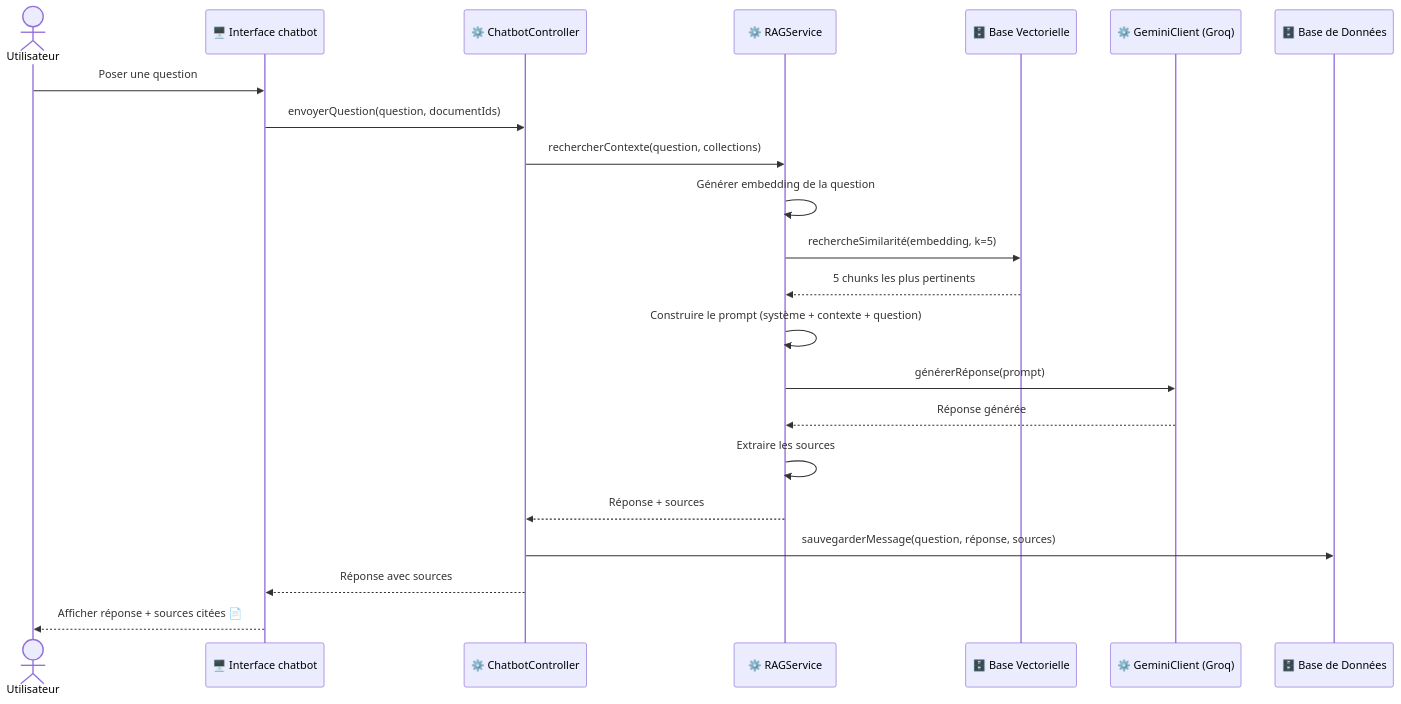
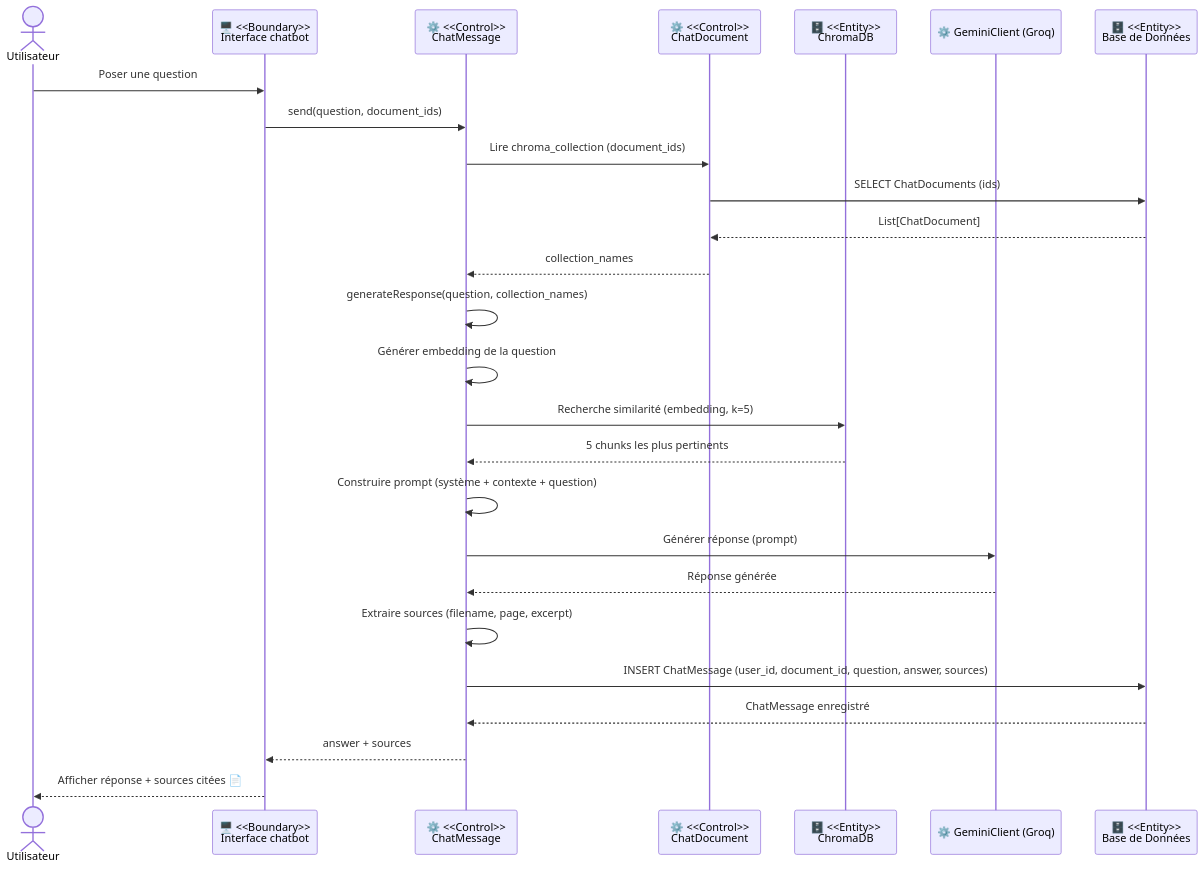
One commit to Jkacem/smart_focus changed diagram 12 of 20 in docs/Conception_DiagrammeSequence.md. Above: the diagram before and after it, drawn with Mermaid. The commit also changed other lines of this file and 31 other files, not shown here.

````diff
--- a/docs/Conception_DiagrammeSequence.md
+++ b/docs/Conception_DiagrammeSequence.md
@@ -290,28 +405,31 @@
 ```mermaid
 sequenceDiagram
     actor Utilisateur
-    participant B as 🖥️ Interface chatbot
-    participant C as ⚙️ ChatbotController
-    participant RAG as ⚙️ RAGService
-    participant EV as 🗄️ Base Vectorielle
+    participant B  as 🖥️ <<Boundary>><br/>Interface chatbot
+    participant CM as ⚙️ <<Control>><br/>ChatMessage
+    participant CD as ⚙️ <<Control>><br/>ChatDocument
+    participant EV as 🗄️ <<Entity>><br/>ChromaDB
     participant LLM as ⚙️ GeminiClient (Groq)
-    participant E as 🗄️ Base de Données
+    participant E  as 🗄️ <<Entity>><br/>Base de Données
 
     Utilisateur->>B: Poser une question
-    B->>C: envoyerQuestion(question, documentIds)
-    C->>RAG: rechercherContexte(question, collections)
+    B->>CM: send(question, document_ids)
+    CM->>CD: Lire chroma_collection (document_ids)
+    CD->>E: SELECT ChatDocuments (ids)
+    E-->>CD: List[ChatDocument]
+    CD-->>CM: collection_names
 
-    RAG->>RAG: Générer embedding de la question
-    RAG->>EV: rechercheSimilarité(embedding, k=5)
-    EV-->>RAG: 5 chunks les plus pertinents
+    CM->>CM: generateResponse(question, collection_names)
+    CM->>CM: Générer embedding de la question
+    CM->>EV: Recherche similarité (embedding, k=5)
+    EV-->>CM: 5 chunks les plus pertinents
+    CM->>CM: Construire prompt (système + contexte + question)
+    CM->>LLM: Générer réponse (prompt)
+    LLM-->>CM: Réponse générée
+    CM->>CM: Extraire sources (filename, page, excerpt)
 
-    RAG->>RAG: Construire le prompt (système + contexte + question)
-    RAG->>LLM: générerRéponse(prompt)
-    LLM-->>RAG: Réponse générée
-    RAG->>RAG: Extraire les sources
-    RAG-->>C: Réponse + sources
-
-    C->>E: sauvegarderMessage(question, réponse, sources)
-    C-->>B: Réponse avec sources
+    CM->>E: INSERT ChatMessage (user_id, document_id, question, answer, sources)
+    E-->>CM: ChatMessage enregistré
+    CM-->>B: answer + sources
     B-->>Utilisateur: Afficher réponse + sources citées 📄
 ```
````
